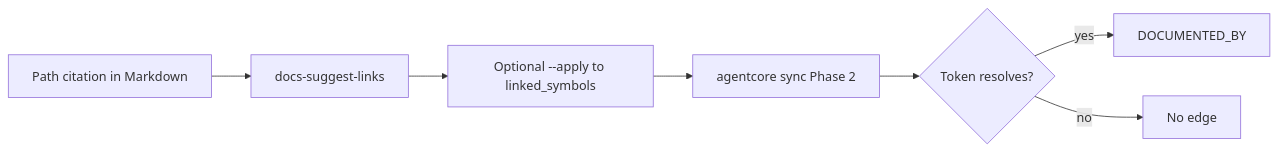
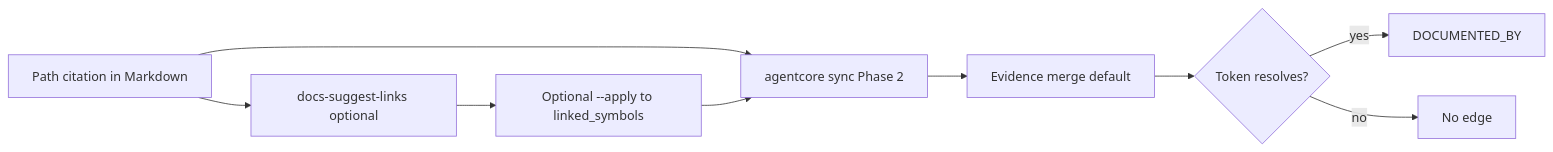
Before and after one commit to Mohammad-Mirasadollahi/AgentCore: the second of 2 diagrams in docs/07-code-knowledge-graph/41-hybrid-documentation-coverage.md, drawn with Mermaid. The commit also changed other lines of this file and 66 other files, not shown here.

First line of the commit message:
feat: add agentcore CLI with PATH install

````diff
--- a/docs/07-code-knowledge-graph/41-hybrid-documentation-coverage.md
+++ b/docs/07-code-knowledge-graph/41-hybrid-documentation-coverage.md
@@ -149,9 +160,11 @@
 ```mermaid
 flowchart LR
-  cite[Path citation in Markdown] --> suggest[docs-suggest-links]
+  cite[Path citation in Markdown] --> suggest[docs-suggest-links optional]
   suggest --> fm[Optional --apply to linked_symbols]
-  fm --> sync[agentcore sync Phase 2]
-  sync --> resolve{Token resolves?}
+  cite --> sync[agentcore sync Phase 2]
+  fm --> sync
+  sync --> merge[Evidence merge default]
+  merge --> resolve{Token resolves?}
   resolve -->|yes| edge[DOCUMENTED_BY]
   resolve -->|no| noEdge[No edge]
 ```
````
